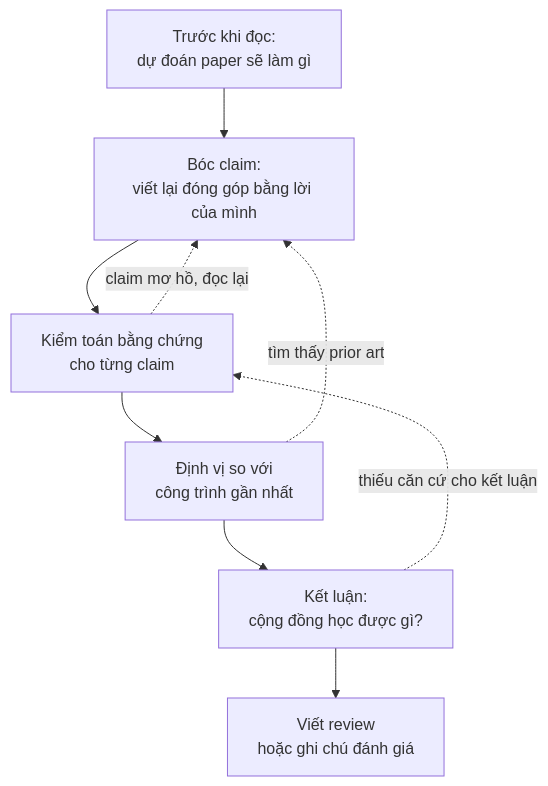
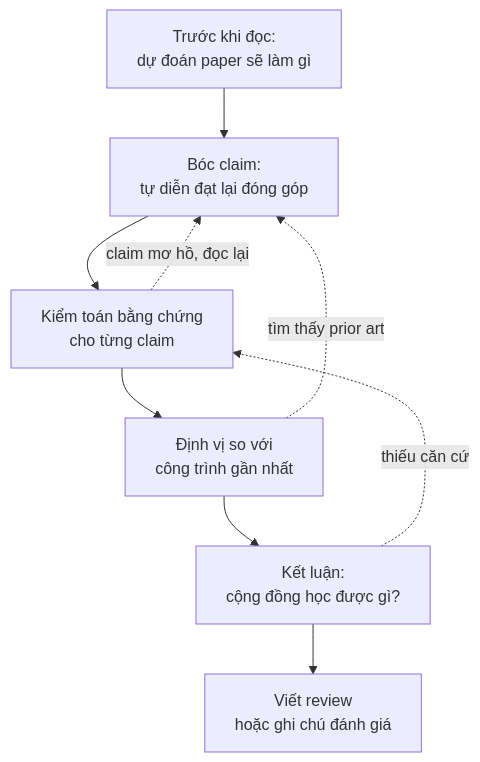
Before and after one commit to tuandung222/How-to-write-Astar-Paper: the first of 2 diagrams in docs/01-truoc-khi-viet/doc-nhu-reviewer.md, drawn with Mermaid. The commit also changed other lines of this file and 7 other files, not shown here.

````diff
--- a/docs/01-truoc-khi-viet/doc-nhu-reviewer.md
+++ b/docs/01-truoc-khi-viet/doc-nhu-reviewer.md
@@ -43,11 +43,11 @@
 ```mermaid
 flowchart TD
-  P["Trước khi đọc:<br/>dự đoán paper sẽ làm gì"] --> C["Bóc claim:<br/>viết lại đóng góp bằng lời của mình"]
+  P["Trước khi đọc:<br/>dự đoán paper sẽ làm gì"] --> C["Bóc claim:<br/>tự diễn đạt lại đóng góp"]
   C --> E["Kiểm toán bằng chứng<br/>cho từng claim"]
   E --> L["Định vị so với<br/>công trình gần nhất"]
   L --> K["Kết luận:<br/>cộng đồng học được gì?"]
   K --> R["Viết review<br/>hoặc ghi chú đánh giá"]
   E -.->|"claim mơ hồ, đọc lại"| C
   L -.->|"tìm thấy prior art"| C
-  K -.->|"thiếu căn cứ cho kết luận"| E
+  K -.->|"thiếu căn cứ"| E
 ```
````
